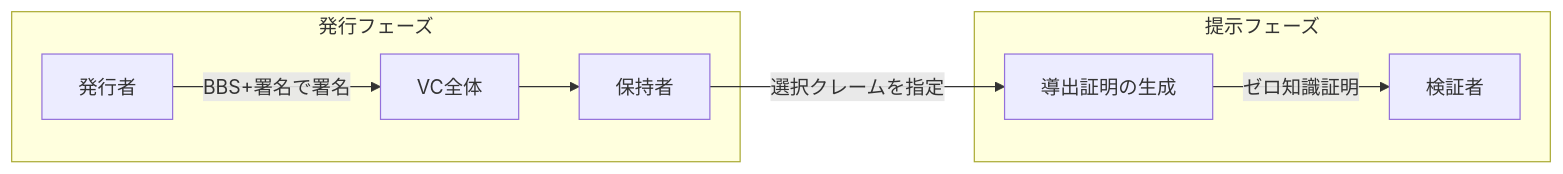
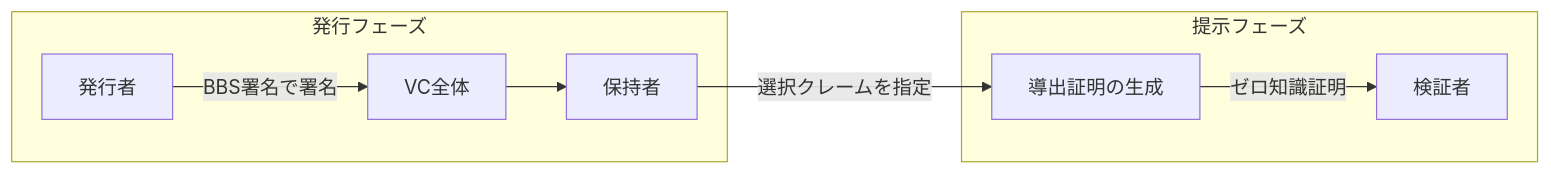
The second of 3 diagrams in docs/articles/2026-04-21-selective-disclosure.md (nbifrye/idbok), drawn with Mermaid before and after one commit. The commit also changed other lines of this file, not shown here.

````diff
--- a/docs/articles/2026-04-21-selective-disclosure.md
+++ b/docs/articles/2026-04-21-selective-disclosure.md
@@ -64,11 +65,11 @@
 ```mermaid
 flowchart LR
     subgraph 発行フェーズ
-        A[発行者] -->|BBS+署名で署名| B[VC全体]
+        A[発行者] -->|BBS署名で署名| B[VC全体]
         B --> C[保持者]
     end
     subgraph 提示フェーズ
         C -->|選択クレームを指定| D[導出証明の生成]
         D -->|ゼロ知識証明| E[検証者]
     end
 ```
````
